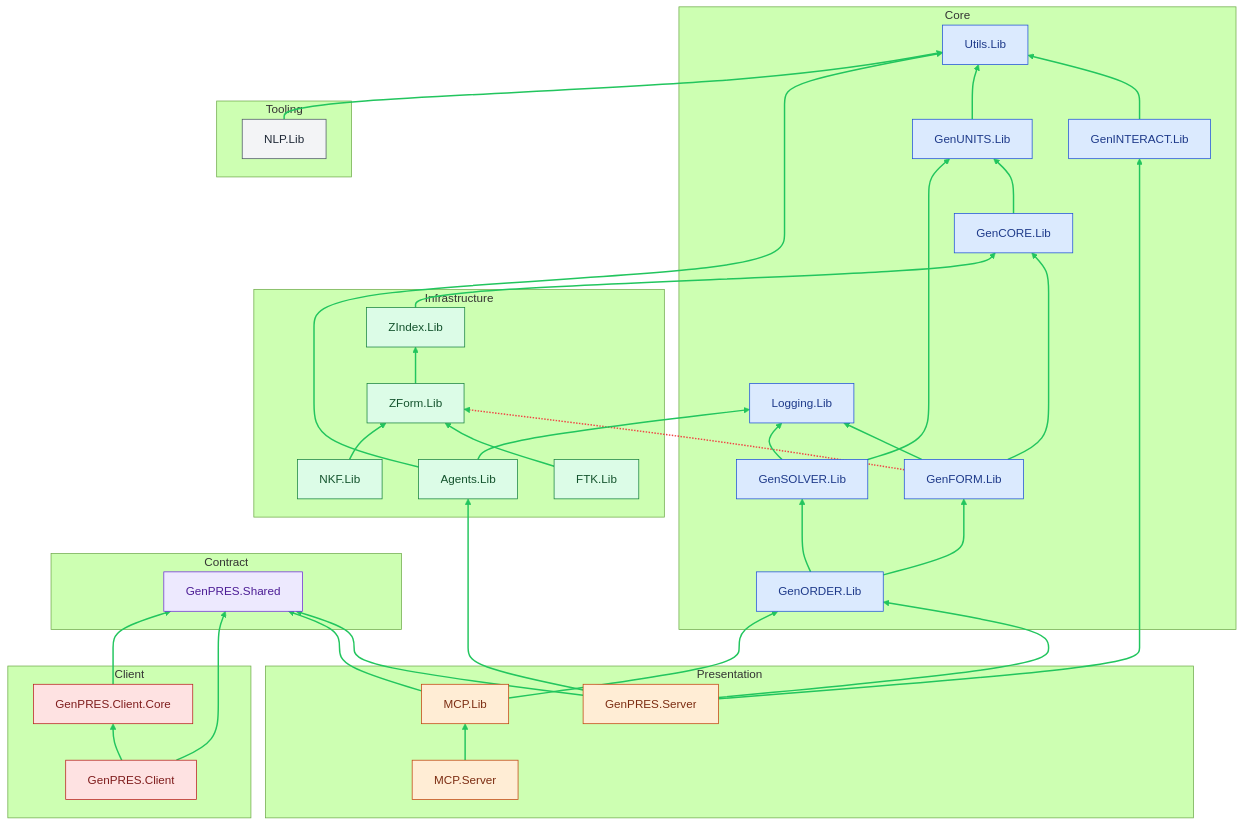
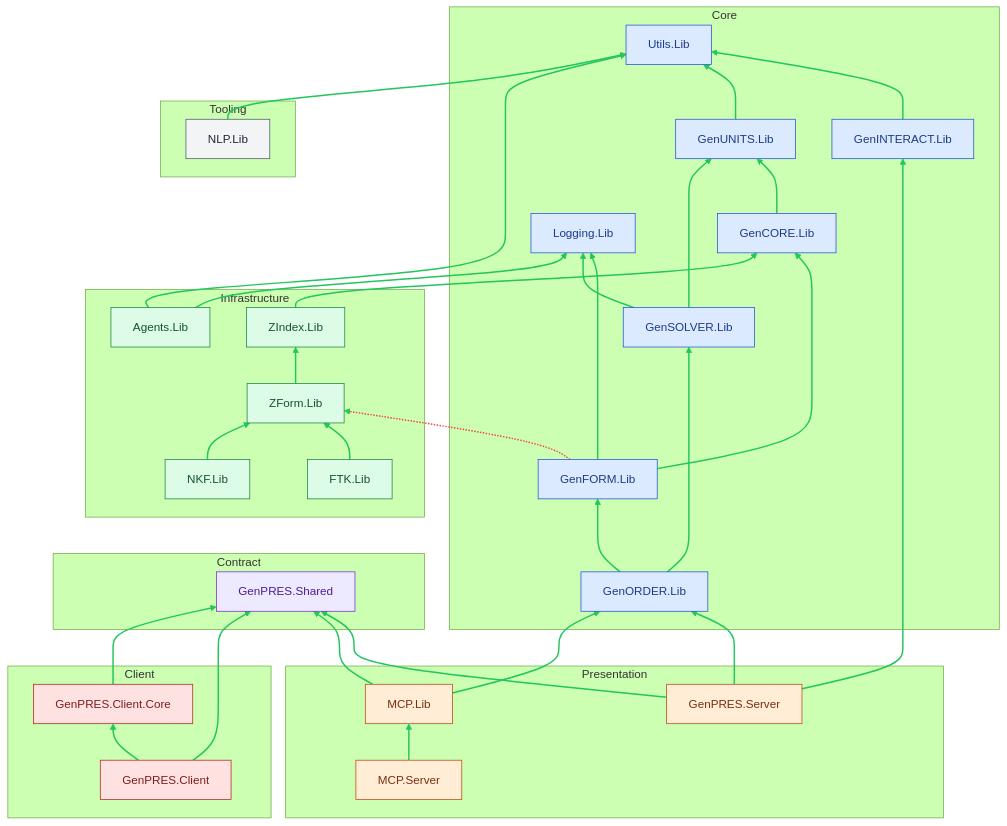
The first of 6 diagrams in ARCHITECTURE.md (informedica/GenPRES), drawn with Mermaid (forest theme) before and after one commit. The commit also changed other lines of this file and 5 other files, not shown here.

First line of the commit message:
refactor(server): prune the log files without Agents.Lib

````diff
--- a/ARCHITECTURE.md
+++ b/ARCHITECTURE.md
@@ -23,76 +23,75 @@
 ```mermaid
 graph BT
     subgraph Core
         GenCORE_Lib["GenCORE.Lib"]
         GenFORM_Lib["GenFORM.Lib"]
         GenINTERACT_Lib["GenINTERACT.Lib"]
         GenORDER_Lib["GenORDER.Lib"]
         GenSOLVER_Lib["GenSOLVER.Lib"]
         GenUNITS_Lib["GenUNITS.Lib"]
         Logging_Lib["Logging.Lib"]
         Utils_Lib["Utils.Lib"]
     end
     subgraph Contract
         GenPRES_Shared["GenPRES.Shared"]
     end
     subgraph Infrastructure
         Agents_Lib["Agents.Lib"]
         FTK_Lib["FTK.Lib"]
         NKF_Lib["NKF.Lib"]
         ZForm_Lib["ZForm.Lib"]
         ZIndex_Lib["ZIndex.Lib"]
     end
     subgraph Presentation
         GenPRES_Server["GenPRES.Server"]
         MCP_Lib["MCP.Lib"]
         MCP_Server["MCP.Server"]
     end
     subgraph Client
         GenPRES_Client["GenPRES.Client"]
         GenPRES_Client_Core["GenPRES.Client.Core"]
     end
     subgraph Tooling
         NLP_Lib["NLP.Lib"]
     end
     GenCORE_Lib --> GenUNITS_Lib
     GenFORM_Lib --> GenCORE_Lib
     GenFORM_Lib --> Logging_Lib
     GenFORM_Lib -.-> ZForm_Lib
     GenINTERACT_Lib --> Utils_Lib
     GenORDER_Lib --> GenSOLVER_Lib
     GenORDER_Lib --> GenFORM_Lib
     GenSOLVER_Lib --> GenUNITS_Lib
     GenSOLVER_Lib --> Logging_Lib
     GenUNITS_Lib --> Utils_Lib
     Agents_Lib --> Utils_Lib
     Agents_Lib --> Logging_Lib
     FTK_Lib --> ZForm_Lib
     NKF_Lib --> ZForm_Lib
     ZForm_Lib --> ZIndex_Lib
     ZIndex_Lib --> GenCORE_Lib
     GenPRES_Server --> GenPRES_Shared
     GenPRES_Server --> GenORDER_Lib
     GenPRES_Server --> GenINTERACT_Lib
-    GenPRES_Server --> Agents_Lib
     MCP_Lib --> GenORDER_Lib
     MCP_Lib --> GenPRES_Shared
     MCP_Server --> MCP_Lib
     GenPRES_Client --> GenPRES_Client_Core
     GenPRES_Client --> GenPRES_Shared
     GenPRES_Client_Core --> GenPRES_Shared
     NLP_Lib --> Utils_Lib
     classDef Core fill:#dbeafe,stroke:#1d4ed8,color:#1e3a8a
     class GenCORE_Lib,GenFORM_Lib,GenINTERACT_Lib,GenORDER_Lib,GenSOLVER_Lib,GenUNITS_Lib,Logging_Lib,Utils_Lib Core
     classDef Contract fill:#ede9fe,stroke:#6d28d9,color:#4c1d95
     class GenPRES_Shared Contract
     classDef Infrastructure fill:#dcfce7,stroke:#15803d,color:#14532d
     class Agents_Lib,FTK_Lib,NKF_Lib,ZForm_Lib,ZIndex_Lib Infrastructure
     classDef Presentation fill:#ffedd5,stroke:#c2410c,color:#7c2d12
     class GenPRES_Server,MCP_Lib,MCP_Server Presentation
     classDef Client fill:#fee2e2,stroke:#b91c1c,color:#7f1d1d
     class GenPRES_Client,GenPRES_Client_Core Client
     classDef Tooling fill:#f3f4f6,stroke:#4b5563,color:#1f2937
     class NLP_Lib Tooling
     linkStyle default stroke:#22c55e,stroke-width:2px
     linkStyle 3 stroke:#ef4444,stroke-width:2px
 ```
````
